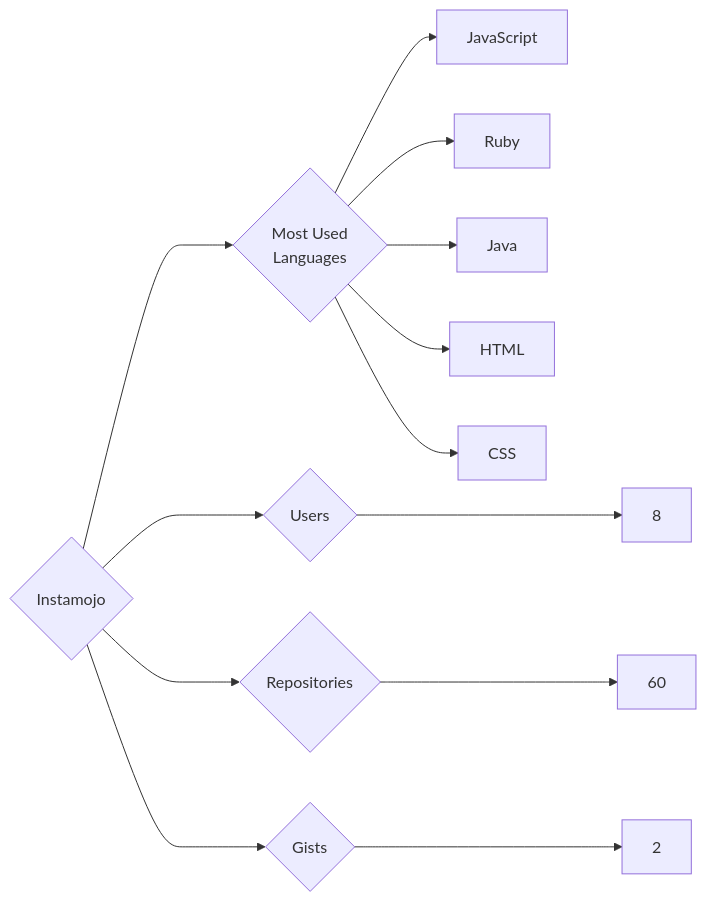
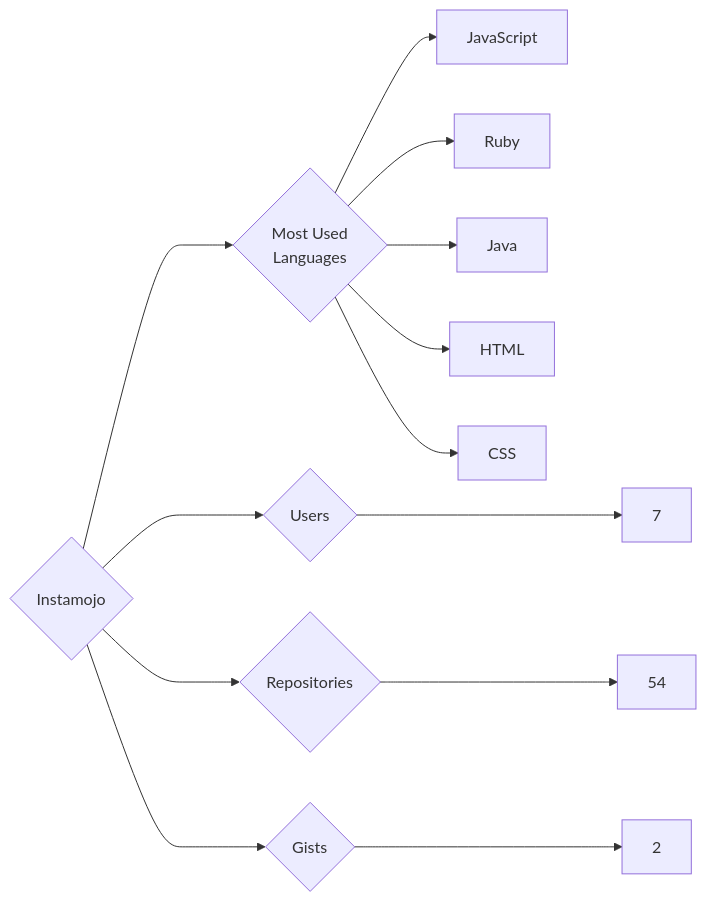
Before and after one commit to trickest/insiders: the diagram in targets/Instamojo/README.md, drawn with Mermaid. The commit also changed 865 other files, not shown here.

````diff
--- a/targets/Instamojo/README.md
+++ b/targets/Instamojo/README.md
@@ -3,13 +3,13 @@
 ```mermaid
 graph LR
 COMPANY_NAME{Instamojo}
-COMPANY_NAME ---> U{Users} ---> UN[8]
-COMPANY_NAME ---> R{Repositories} ---> RN[60]
+COMPANY_NAME ---> U{Users} ---> UN[7]
+COMPANY_NAME ---> R{Repositories} ---> RN[54]
 COMPANY_NAME ---> G{Gists} ---> GN[2]
 COMPANY_NAME ---> ML{Most Used<br>Languages}
 ML --> JavaScript[JavaScript]
 ML --> Ruby[Ruby]
 ML --> Java[Java]
 ML --> HTML[HTML]
 ML --> CSS[CSS]
 ```
````
